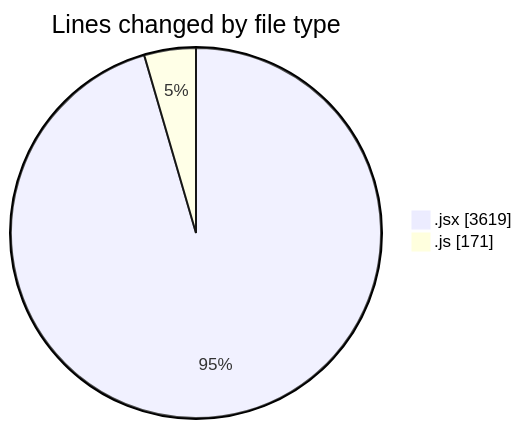
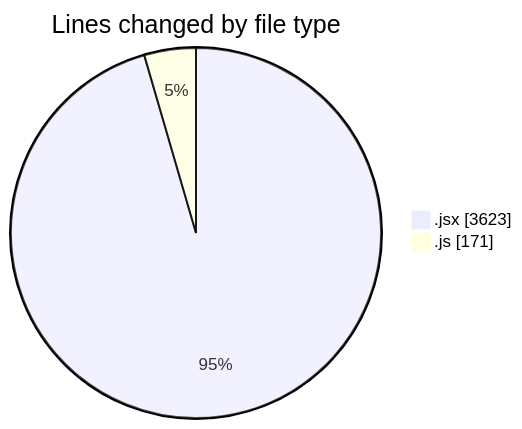
Before and after one commit to nxtqubesakshisongat/code-tracking: the first of 2 diagrams in 2025-07-09/argos/README.md, drawn with Mermaid. The commit also changed other lines of this file and 1 other file, not shown here.

````diff
--- a/2025-07-09/argos/README.md
+++ b/2025-07-09/argos/README.md
@@ -24,6 +24,6 @@
 ```mermaid
 pie showData
 title Lines changed by file type
-".jsx" : 3619
+".jsx" : 3623
 ".js" : 171
 ```
````
